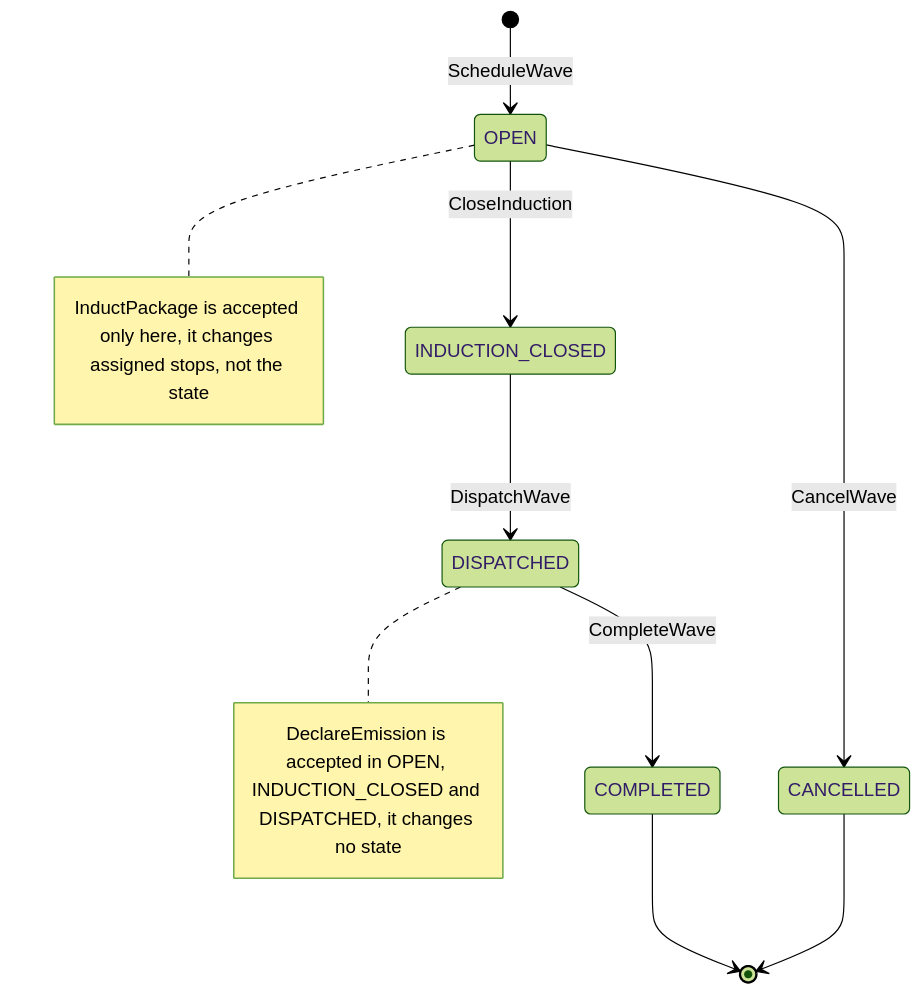
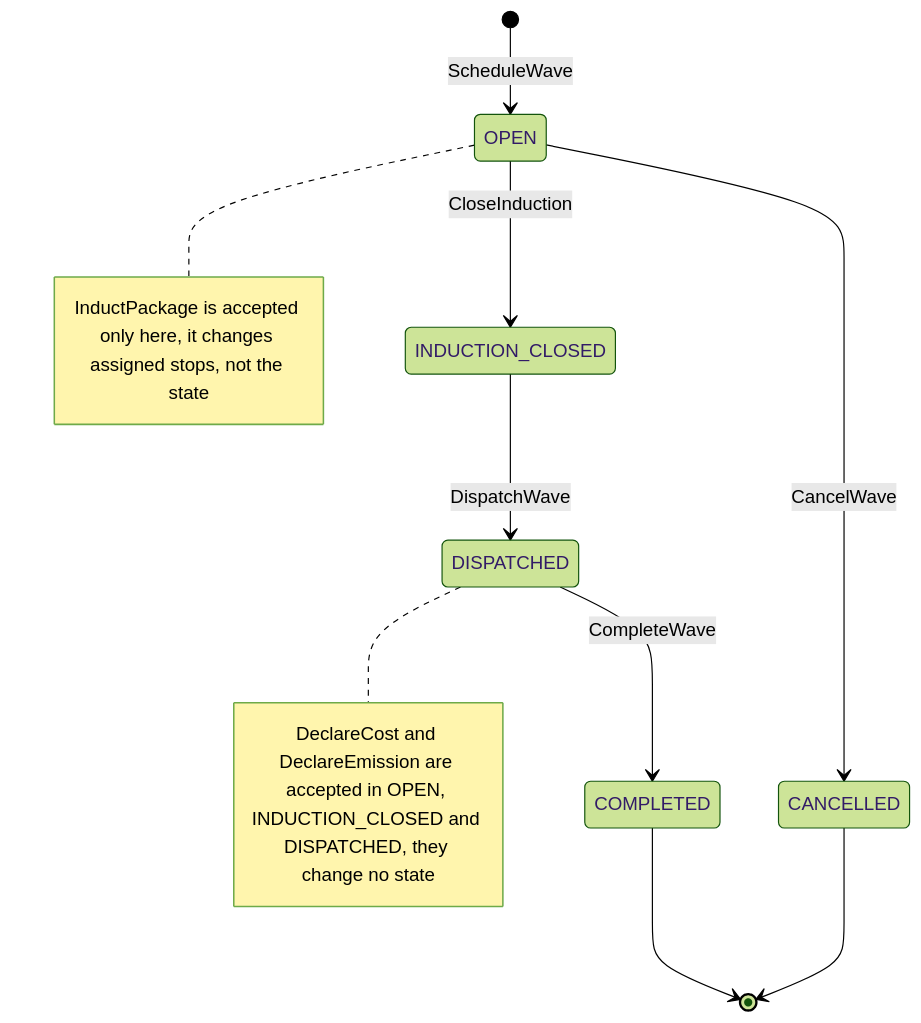
One commit to IQVO/warehouse-docs changed the first of 3 diagrams in network/docs/contexts/last-mile-delivery/aggregate-design-canvas.md. Above: the diagram before and after it, drawn with Mermaid (forest theme). The commit also changed other lines of this file and 3 other files, not shown here.

First line of the commit message:
docs(network): last-mile-delivery models DeclareCost and POST /waves/{waveId}/cost-declarations (ADR 0011)

````diff
--- a/network/docs/contexts/last-mile-delivery/aggregate-design-canvas.md
+++ b/network/docs/contexts/last-mile-delivery/aggregate-design-canvas.md
@@ -39,16 +42,16 @@
 ```mermaid
 stateDiagram-v2
     [*] --> OPEN: ScheduleWave
     OPEN --> INDUCTION_CLOSED: CloseInduction
     INDUCTION_CLOSED --> DISPATCHED: DispatchWave
     DISPATCHED --> COMPLETED: CompleteWave
     OPEN --> CANCELLED: CancelWave
     COMPLETED --> [*]
     CANCELLED --> [*]
     note right of OPEN
         InductPackage is accepted only here, it changes assigned stops, not the state
     end note
     note right of DISPATCHED
-        DeclareEmission is accepted in OPEN, INDUCTION_CLOSED and DISPATCHED, it changes no state
+        DeclareCost and DeclareEmission are accepted in OPEN, INDUCTION_CLOSED and DISPATCHED, they change no state
     end note
 ```
````
